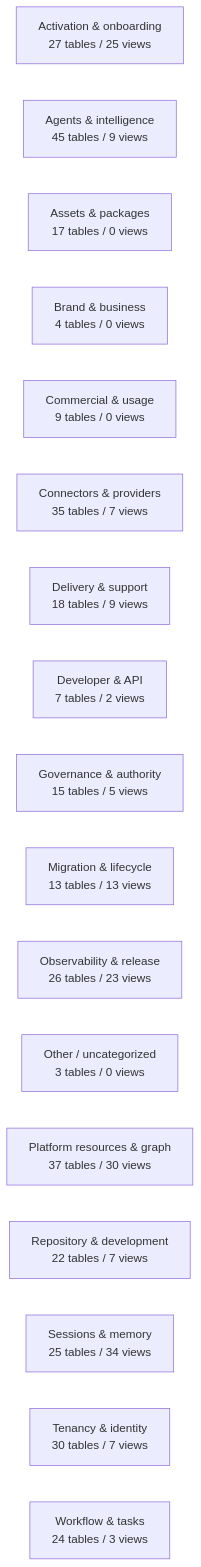
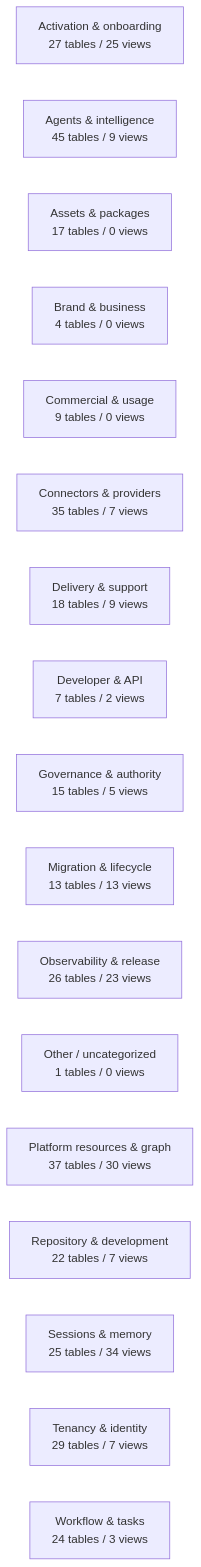
One commit to mad4bdigital-ai/multi-business-multi-role-growth-intelligence-os changed the diagram in docs/work-maps/data-model-domain-map.md. Above: the diagram before and after it, drawn with Mermaid. The commit also changed other lines of this file, not shown here.

````diff
--- a/docs/work-maps/data-model-domain-map.md
+++ b/docs/work-maps/data-model-domain-map.md
@@ -9,20 +9,20 @@
 ```mermaid
 flowchart LR
   n_Activation___onboarding["Activation & onboarding<br/>27 tables / 25 views"]
   n_Agents___intelligence["Agents & intelligence<br/>45 tables / 9 views"]
   n_Assets___packages["Assets & packages<br/>17 tables / 0 views"]
   n_Brand___business["Brand & business<br/>4 tables / 0 views"]
   n_Commercial___usage["Commercial & usage<br/>9 tables / 0 views"]
   n_Connectors___providers["Connectors & providers<br/>35 tables / 7 views"]
   n_Delivery___support["Delivery & support<br/>18 tables / 9 views"]
   n_Developer___API["Developer & API<br/>7 tables / 2 views"]
   n_Governance___authority["Governance & authority<br/>15 tables / 5 views"]
   n_Migration___lifecycle["Migration & lifecycle<br/>13 tables / 13 views"]
   n_Observability___release["Observability & release<br/>26 tables / 23 views"]
-  n_Other___uncategorized["Other / uncategorized<br/>3 tables / 0 views"]
+  n_Other___uncategorized["Other / uncategorized<br/>1 tables / 0 views"]
   n_Platform_resources___graph["Platform resources & graph<br/>37 tables / 30 views"]
   n_Repository___development["Repository & development<br/>22 tables / 7 views"]
   n_Sessions___memory["Sessions & memory<br/>25 tables / 34 views"]
-  n_Tenancy___identity["Tenancy & identity<br/>30 tables / 7 views"]
+  n_Tenancy___identity["Tenancy & identity<br/>29 tables / 7 views"]
   n_Workflow___tasks["Workflow & tasks<br/>24 tables / 3 views"]
 ```
````
